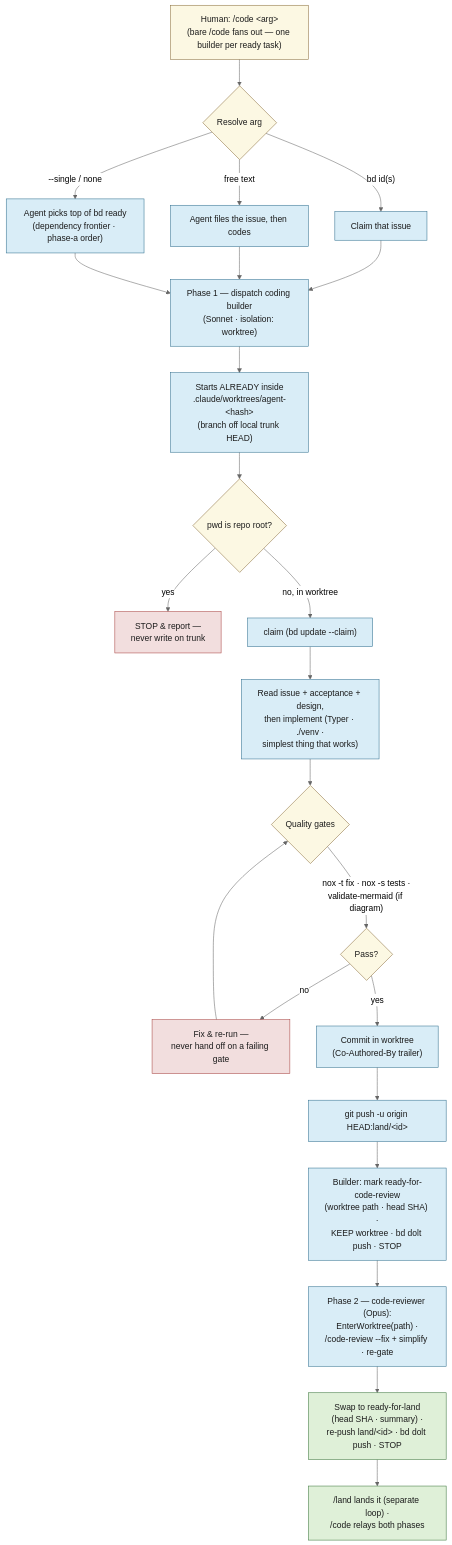
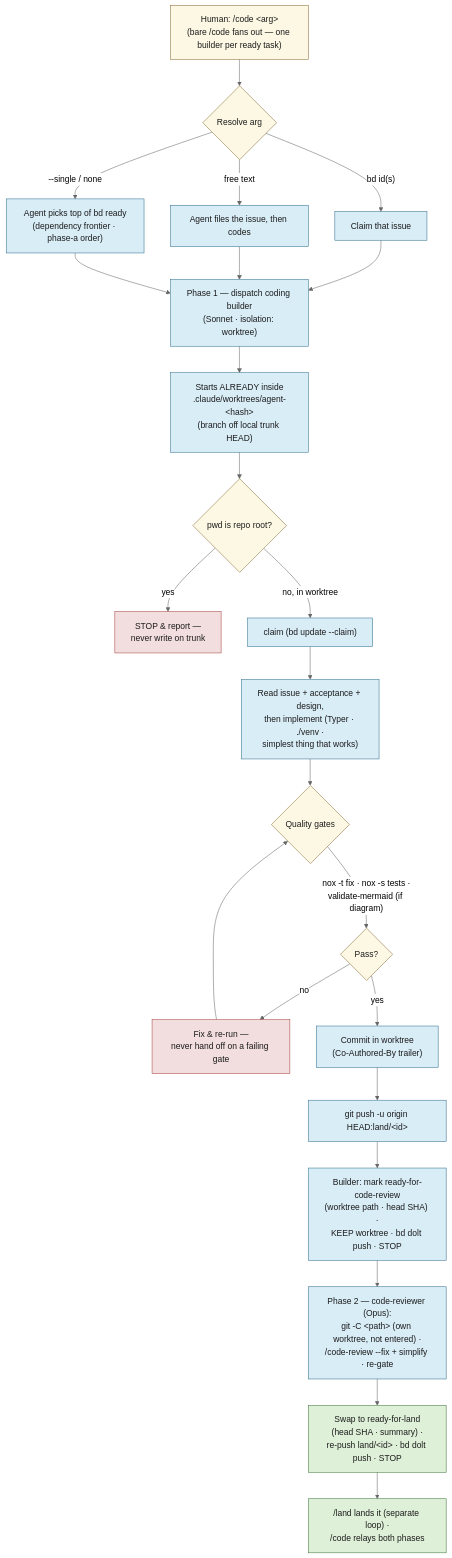
Before and after one commit to bildzeitung/lode: the second of 4 diagrams in docs/agents-workflow.md, drawn with Mermaid (neutral theme). The commit also changed other lines of this file, not shown here.

First line of the commit message:
docs(agents-workflow): fix stale EnterWorktree(path) cwd-relocation claim

````diff
--- a/docs/agents-workflow.md
+++ b/docs/agents-workflow.md
@@ -151,40 +153,40 @@
 ```mermaid
 flowchart TD
     INV["Human: /code &lt;arg&gt;<br>(bare /code fans out — one builder per ready task)"] --> RES{"Resolve arg"}
     RES -->|"bd id(s)"| T1["Claim that issue"]
     RES -->|"free text"| T2["Agent files the issue, then codes"]
     RES -->|"--single / none"| T3["Agent picks top of bd ready<br>(dependency frontier · phase-a order)"]
 
     T1 --> DISP["Phase 1 — dispatch coding builder<br>(Sonnet · isolation: worktree)"]
     T2 --> DISP
     T3 --> DISP
 
     DISP --> WT["Starts ALREADY inside<br>.claude/worktrees/agent-&lt;hash&gt;<br>(branch off local trunk HEAD)"]
     WT --> GUARD{"pwd is repo root?"}
     GUARD -->|"yes"| BAIL["STOP & report —<br>never write on trunk"]
     GUARD -->|"no, in worktree"| CLAIM["claim (bd update --claim)"]
 
     CLAIM --> IMPL["Read issue + acceptance + design,<br>then implement (Typer · ./venv ·<br>simplest thing that works)"]
     IMPL --> GATES{"Quality gates"}
     GATES -->|"nox -t fix · nox -s tests ·<br>validate-mermaid (if diagram)"| GFAIL{"Pass?"}
     GFAIL -->|"no"| FIX["Fix & re-run —<br>never hand off on a failing gate"]
     FIX --> GATES
     GFAIL -->|"yes"| COMMIT["Commit in worktree<br>(Co-Authored-By trailer)"]
 
     COMMIT --> PUSH["git push -u origin HEAD:land/&lt;id&gt;"]
     PUSH --> HANDOFF["Builder: mark ready-for-code-review<br>(worktree path · head SHA) ·<br>KEEP worktree · bd dolt push · STOP"]
-    HANDOFF --> REV["Phase 2 — code-reviewer (Opus):<br>EnterWorktree(path) ·<br>/code-review --fix + simplify · re-gate"]
+    HANDOFF --> REV["Phase 2 — code-reviewer (Opus):<br>git -C &lt;path&gt; (own worktree, not entered) ·<br>/code-review --fix + simplify · re-gate"]
     REV --> MARKL["Swap to ready-for-land<br>(head SHA · summary) ·<br>re-push land/&lt;id&gt; · bd dolt push · STOP"]
     MARKL --> DONE["/land lands it (separate loop) ·<br>/code relays both phases"]
 
     classDef start fill:#fcf8e3,stroke:#8a6d3b,color:#1b1b1b;
     classDef work fill:#d9edf7,stroke:#31708f,color:#1b1b1b;
     classDef gate fill:#fcf8e3,stroke:#8a6d3b,color:#1b1b1b;
     classDef bad fill:#f2dede,stroke:#a94442,color:#1b1b1b;
     classDef good fill:#dff0d8,stroke:#3c763d,color:#1b1b1b;
     class INV,RES start;
     class T1,T2,T3,DISP,WT,CLAIM,IMPL,COMMIT,PUSH,HANDOFF,REV work;
     class GATES,GFAIL,GUARD gate;
     class BAIL,FIX bad;
     class MARKL,DONE good;
 ```
````
